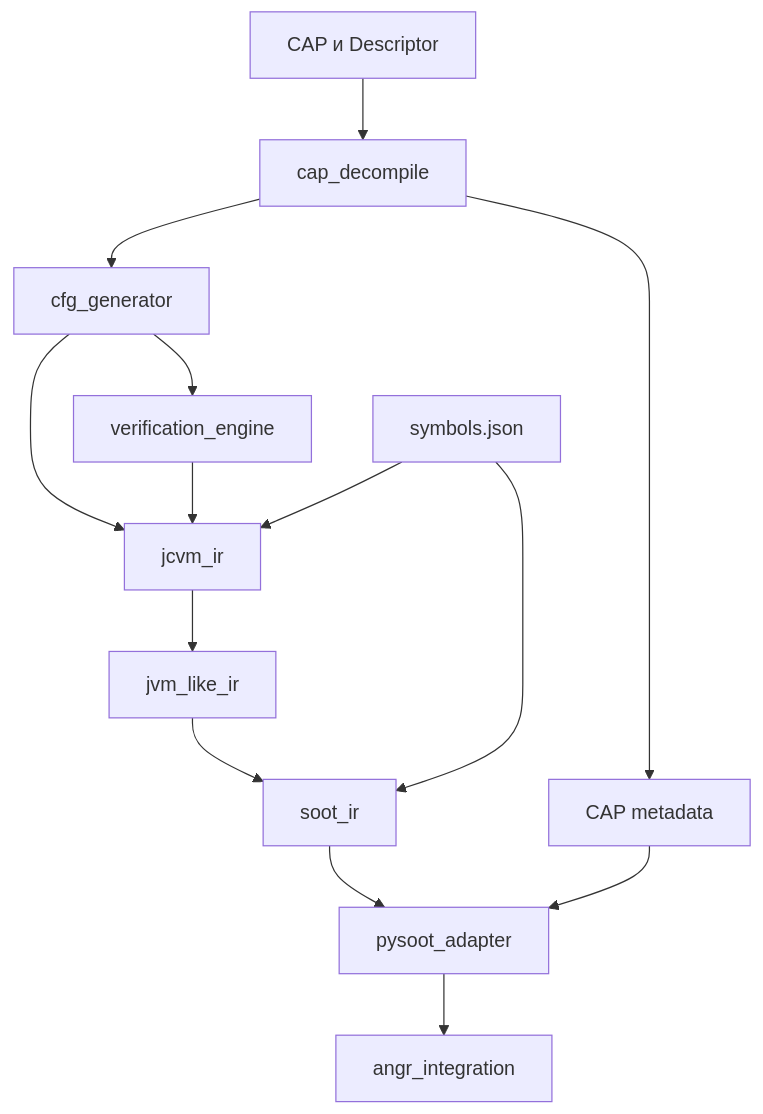
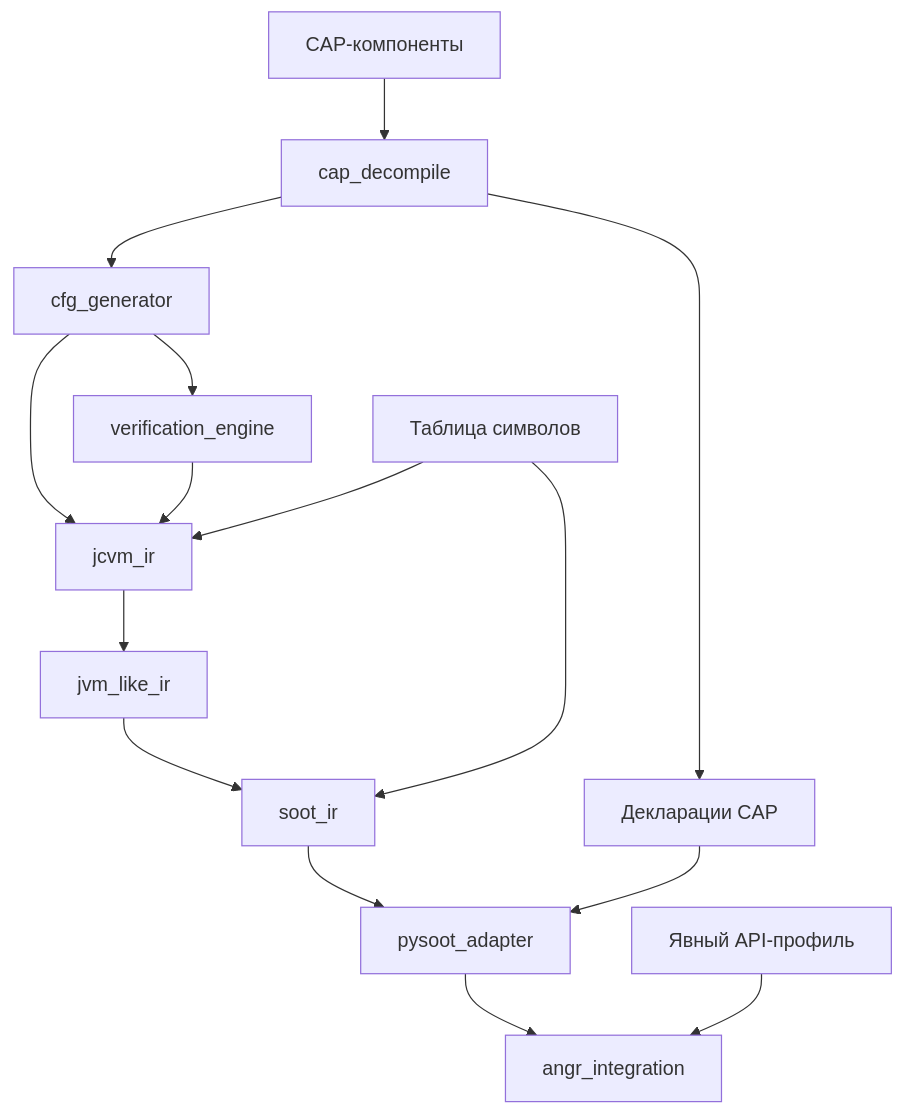
One commit to katet3/bot1 changed the first of 2 diagrams in docs/PROJECT.md. Above: the diagram before and after it, drawn with Mermaid. The commit also changed other lines of this file and 38 other files, not shown here.

````diff
--- a/docs/PROJECT.md
+++ b/docs/PROJECT.md
@@ -48,16 +55,17 @@
 ```mermaid
 flowchart TD
-    C["CAP и Descriptor"] --> P["cap_decompile"]
+    C["CAP-компоненты"] --> P["cap_decompile"]
     P --> G["cfg_generator"]
     G --> V["verification_engine"]
     G --> J["jcvm_ir"]
     V --> J
-    S["symbols.json"] --> J
+    S["Таблица символов"] --> J
     J --> L["jvm_like_ir"]
     L --> I["soot_ir"]
     S --> I
-    P --> M["CAP metadata"]
+    P --> M["Декларации CAP"]
     I --> A["pysoot_adapter"]
     M --> A
     A --> R["angr_integration"]
+    F["Явный API-профиль"] --> R
 ```
````
